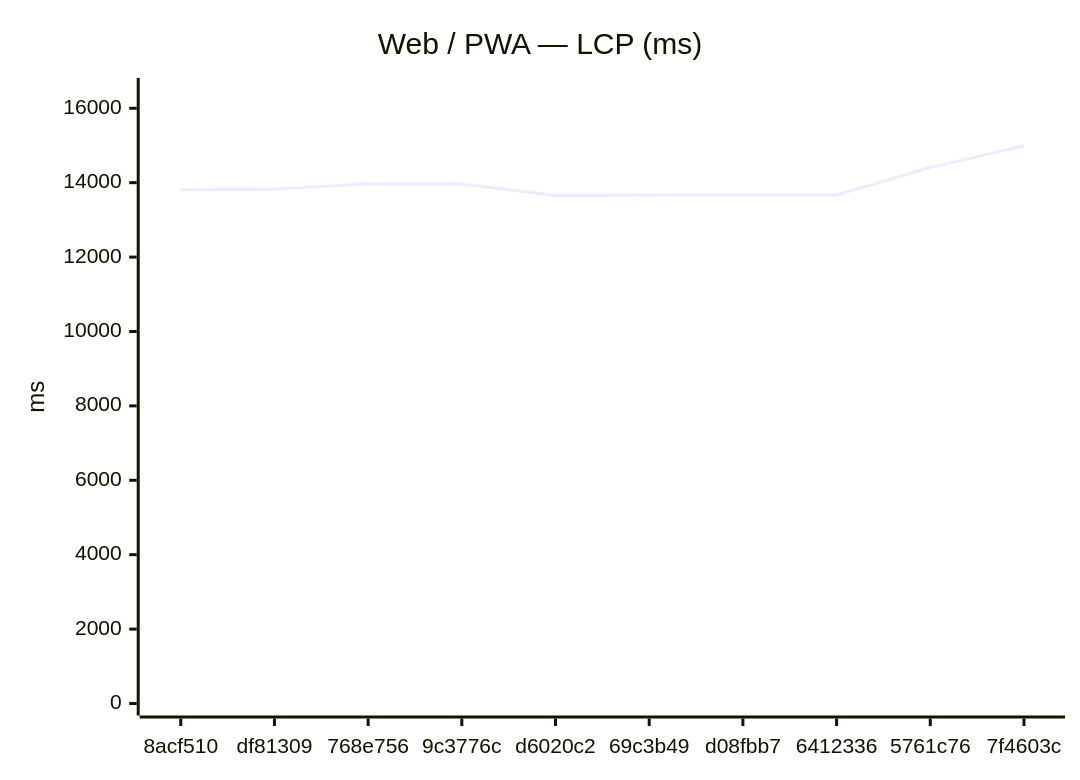
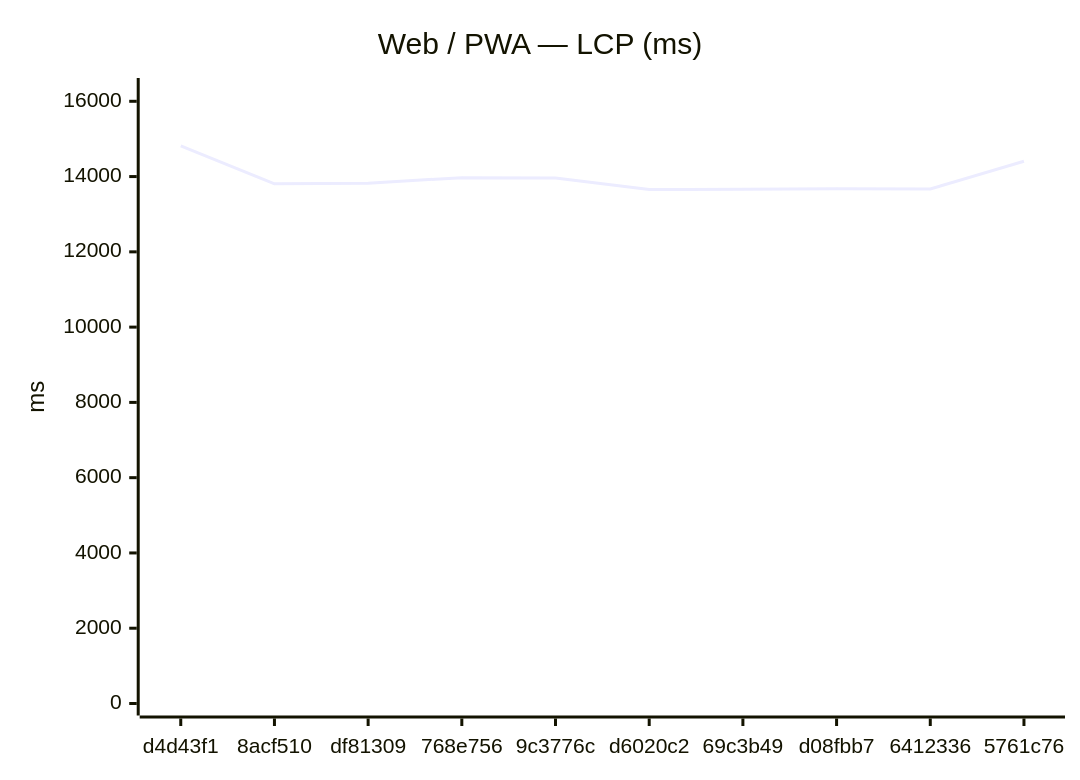
Before and after one commit to Metaheurist/Rianell: the first of 18 diagrams in benchmarks/compare.md, drawn with Mermaid. The commit also changed other lines of this file and 11 other files, not shown here.

````diff
--- a/benchmarks/compare.md
+++ b/benchmarks/compare.md
@@ -24,7 +24,7 @@
 ```mermaid
 xychart-beta
     title "Web / PWA — LCP (ms)"
-    x-axis ["8acf510", "df81309", "768e756", "9c3776c", "d6020c2", "69c3b49", "d08fbb7", "6412336", "5761c76", "7f4603c"]
-    y-axis "ms" 0 --> 16491
-    line [13807, 13825, 13971, 13962, 13654, 13664, 13678, 13670, 14406, 14991]
+    x-axis ["d4d43f1", "8acf510", "df81309", "768e756", "9c3776c", "d6020c2", "69c3b49", "d08fbb7", "6412336", "5761c76"]
+    y-axis "ms" 0 --> 16300
+    line [14818, 13807, 13825, 13971, 13962, 13654, 13664, 13678, 13670, 14406]
 ```
````
